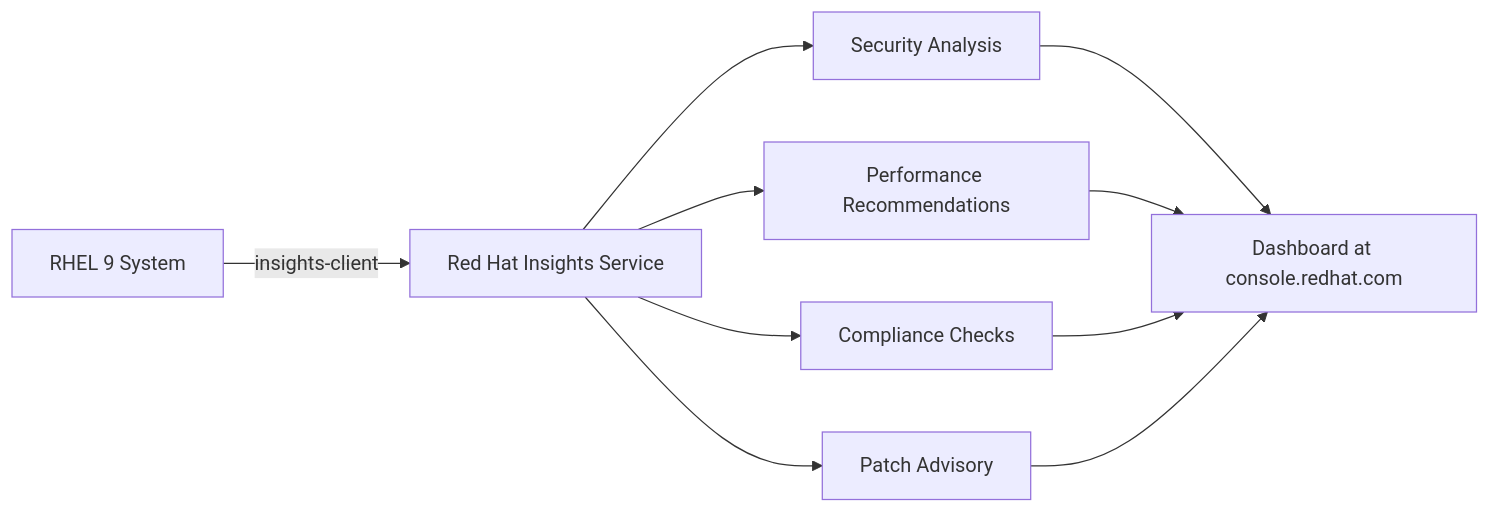
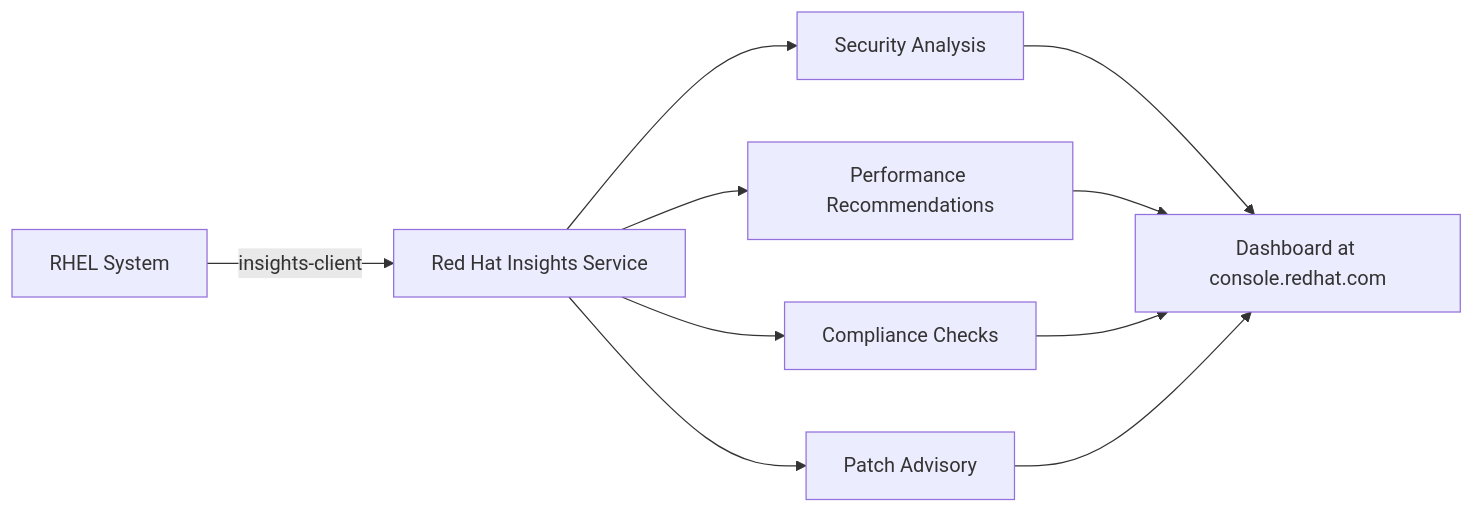
One commit to OneUptime/blog changed the diagram in posts/2026-03-04-register-rhel-9-red-hat-insights/README.md. Above: the diagram before and after it, drawn with Mermaid. The commit also changed other lines of this file and 4866 other files, not shown here.

````diff
--- a/posts/2026-03-04-register-rhel-9-red-hat-insights/README.md
+++ b/posts/2026-03-04-register-rhel-9-red-hat-insights/README.md
@@ -22,12 +22,12 @@
 ```mermaid
 flowchart LR
-    A[RHEL 9 System] -->|insights-client| B[Red Hat Insights Service]
+    A[RHEL System] -->|insights-client| B[Red Hat Insights Service]
     B --> C[Security Analysis]
     B --> D[Performance Recommendations]
     B --> E[Compliance Checks]
     B --> F[Patch Advisory]
     C --> G[Dashboard at console.redhat.com]
     D --> G
     E --> G
     F --> G
 ```
````
